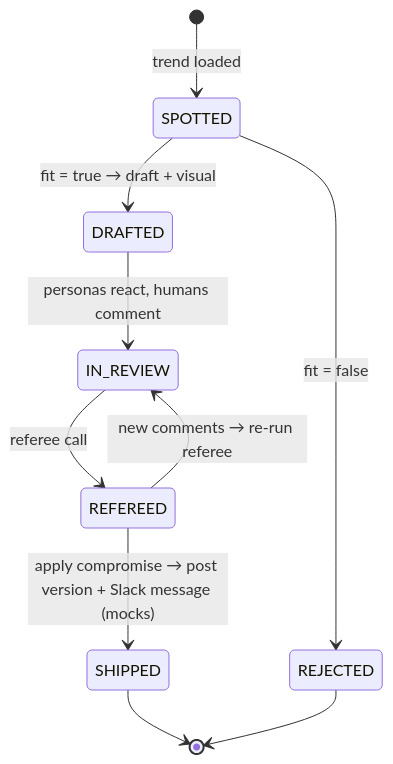
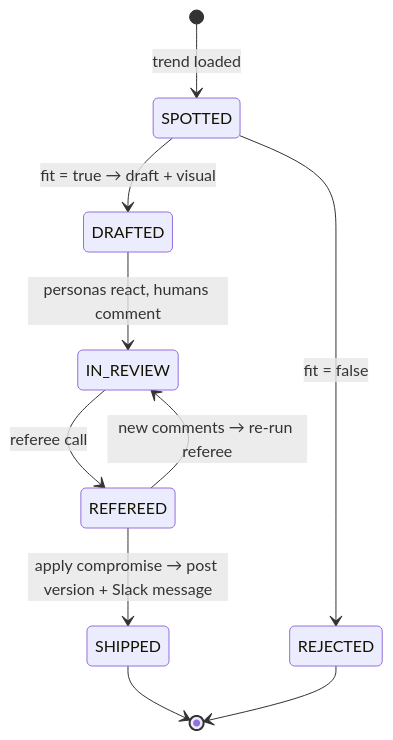
One commit to stefan04com/AIdePLM changed the second of 3 diagrams in ARCHITECTURE.md. Above: the diagram before and after it, drawn with Mermaid. The commit also changed other lines of this file and 5 other files, not shown here.

````diff
--- a/ARCHITECTURE.md
+++ b/ARCHITECTURE.md
@@ -77,12 +77,12 @@
 ```mermaid
 stateDiagram-v2
     [*] --> SPOTTED: trend loaded
     SPOTTED --> REJECTED: fit = false
     SPOTTED --> DRAFTED: fit = true → draft + visual
     DRAFTED --> IN_REVIEW: personas react, humans comment
     IN_REVIEW --> REFEREED: referee call
     REFEREED --> IN_REVIEW: new comments → re-run referee
-    REFEREED --> SHIPPED: apply compromise → post version + Slack message (mocks)
+    REFEREED --> SHIPPED: apply compromise → post version + Slack message
     SHIPPED --> [*]
     REJECTED --> [*]
 ```
````
